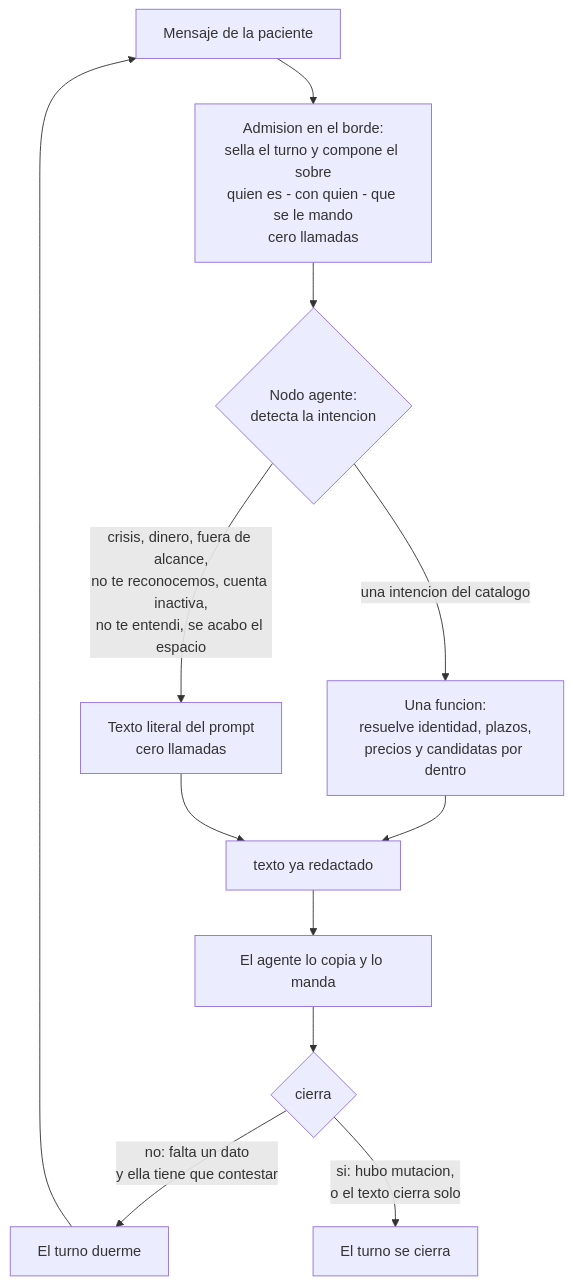
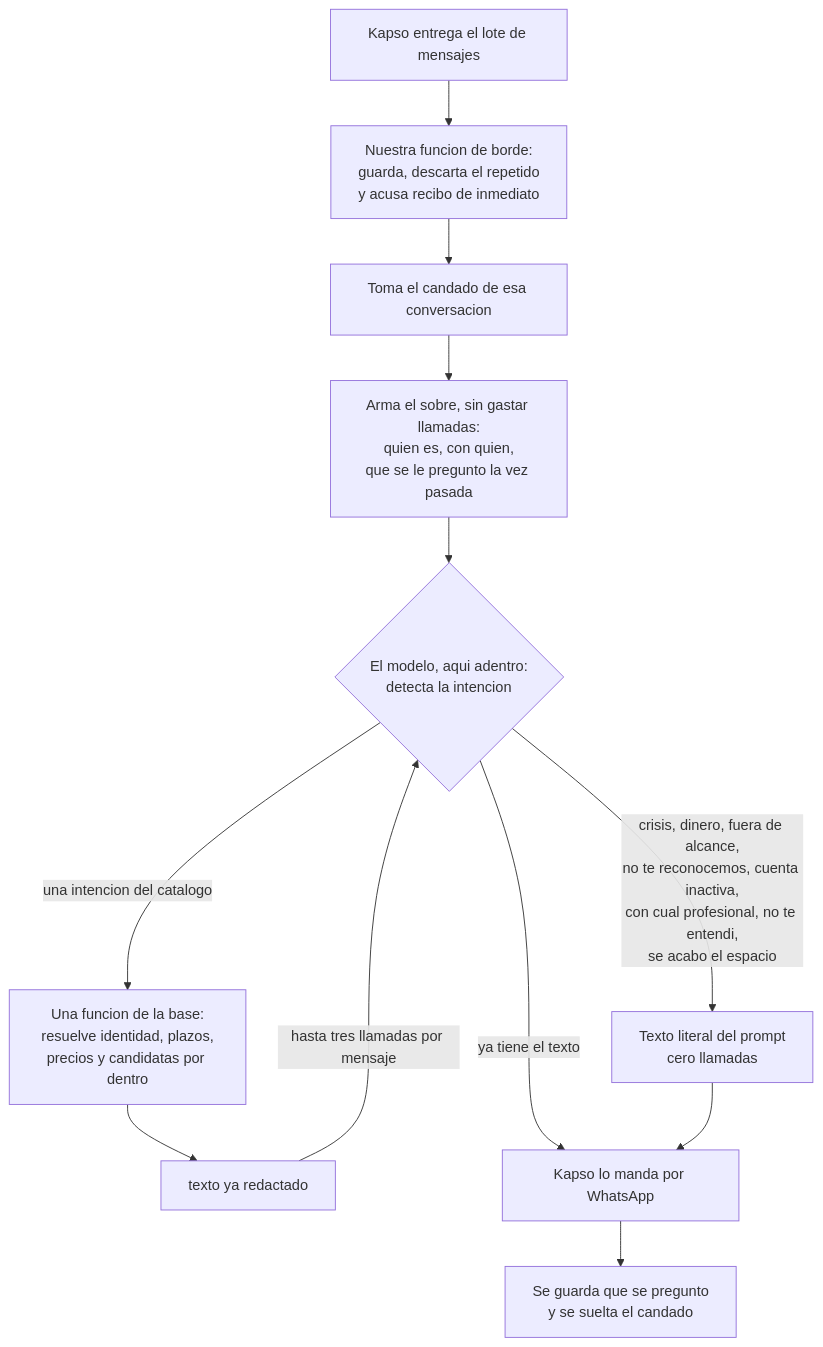
One commit to meagendamx-a11y/agente_ia_pseudocodigo changed the diagram in docs/00-el-agente.md. Above: the diagram before and after it, drawn with Mermaid. The commit also changed other lines of this file and 11 other files, not shown here.

First line of the commit message:
docs: el modelo corre en nuestro codigo, y el dinero deja de trabarse

````diff
--- a/docs/00-el-agente.md
+++ b/docs/00-el-agente.md
@@ -40,14 +43,14 @@
 ```mermaid
 flowchart TD
-    M["Mensaje de la paciente"] --> A["Admision en el borde:<br/>sella el turno y compone el sobre<br/>quien es - con quien - que se le mando<br/>cero llamadas"]
-    A --> N{"Nodo agente:<br/>detecta la intencion"}
-    N -->|"crisis, dinero, fuera de alcance,<br/>no te reconocemos, cuenta inactiva,<br/>no te entendi, se acabo el espacio"| P["Texto literal del prompt<br/>cero llamadas"]
-    N -->|"una intencion del catalogo"| F["Una funcion:<br/>resuelve identidad, plazos,<br/>precios y candidatas por dentro"]
+    K["Kapso entrega el lote de mensajes"] --> B["Nuestra funcion de borde:<br/>guarda, descarta el repetido<br/>y acusa recibo de inmediato"]
+    B --> L["Toma el candado de esa conversacion"]
+    L --> S["Arma el sobre, sin gastar llamadas:<br/>quien es, con quien,<br/>que se le pregunto la vez pasada"]
+    S --> N{"El modelo, aqui adentro:<br/>detecta la intencion"}
+    N -->|"crisis, dinero, fuera de alcance,<br/>no te reconocemos, cuenta inactiva,<br/>con cual profesional, no te entendi,<br/>se acabo el espacio"| P["Texto literal del prompt<br/>cero llamadas"]
+    N -->|"una intencion del catalogo"| F["Una funcion de la base:<br/>resuelve identidad, plazos,<br/>precios y candidatas por dentro"]
     F --> T["texto ya redactado"]
-    P --> T
-    T --> E["El agente lo copia y lo manda"]
-    E --> D{"cierra"}
-    D -->|"no: falta un dato<br/>y ella tiene que contestar"| W["El turno duerme"]
-    D -->|"si: hubo mutacion,<br/>o el texto cierra solo"| C["El turno se cierra"]
-    W --> M
+    T -->|"hasta tres llamadas por mensaje"| N
+    N -->|"ya tiene el texto"| E["Kapso lo manda por WhatsApp"]
+    P --> E
+    E --> G["Se guarda que se pregunto<br/>y se suelta el candado"]
 ```
````
